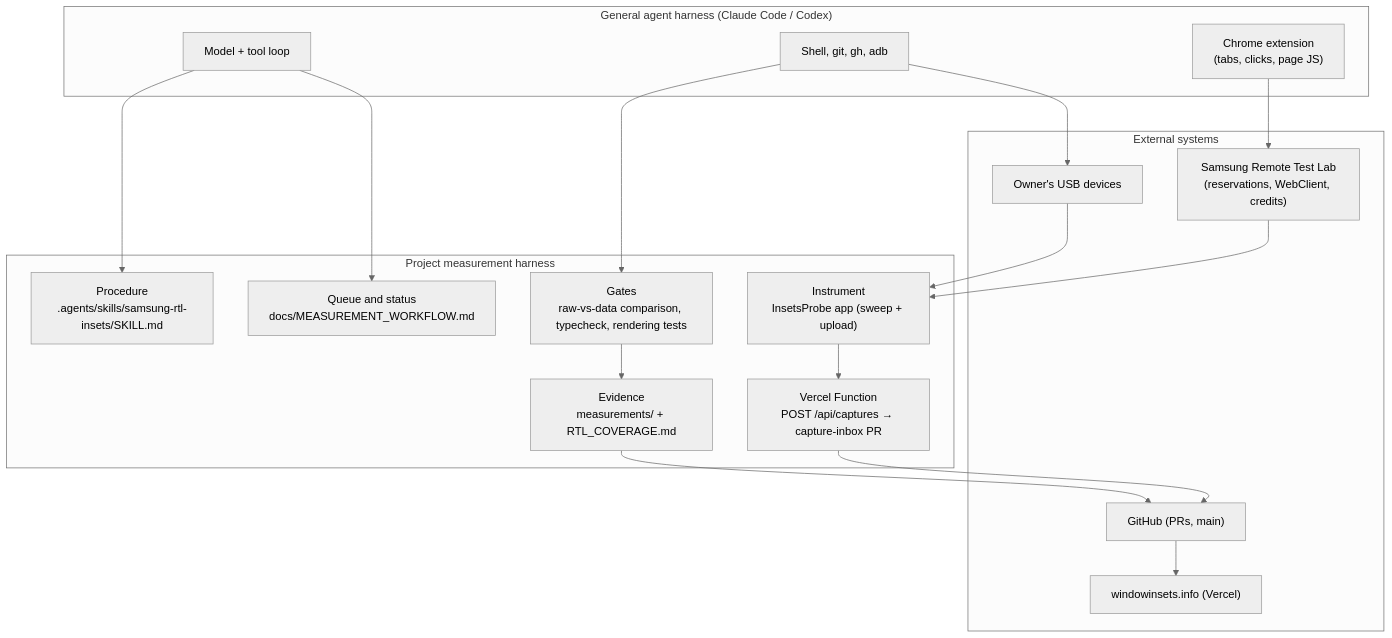
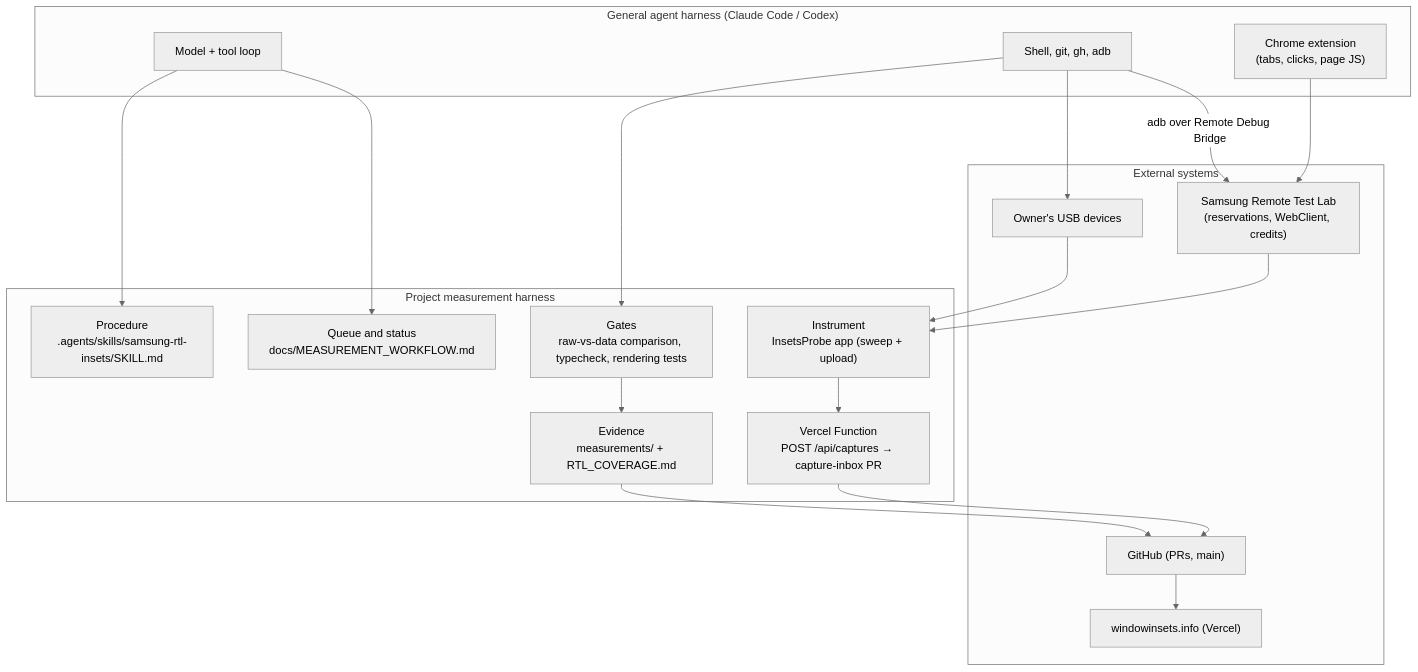
Before and after one commit to easyhooon/windowinsets.info: the first of 3 diagrams in docs/MEASUREMENT_HARNESS.md, drawn with Mermaid (neutral theme). The commit also changed other lines of this file and 1 other file, not shown here.

First line of the commit message:
docs(harness): make Remote Debug Bridge the RTL capture path

````diff
--- a/docs/MEASUREMENT_HARNESS.md
+++ b/docs/MEASUREMENT_HARNESS.md
@@ -15,34 +15,35 @@
 ```mermaid
 flowchart TB
   subgraph Agent["General agent harness (Claude Code / Codex)"]
     LLM["Model + tool loop"]
     Browser["Chrome extension<br/>(tabs, clicks, page JS)"]
     Shell["Shell, git, gh, adb"]
   end
 
   subgraph Harness["Project measurement harness"]
     Skill["Procedure<br/>.agents/skills/samsung-rtl-insets/SKILL.md"]
     Queue["Queue and status<br/>docs/MEASUREMENT_WORKFLOW.md"]
     Probe["Instrument<br/>InsetsProbe app (sweep + upload)"]
     Api["Vercel Function<br/>POST /api/captures → capture-inbox PR"]
     Checks["Gates<br/>raw-vs-data comparison, typecheck, rendering tests"]
     Record["Evidence<br/>measurements/ + RTL_COVERAGE.md"]
   end
 
   subgraph External["External systems"]
     RTL["Samsung Remote Test Lab<br/>(reservations, WebClient, credits)"]
     USB["Owner's USB devices"]
     GH["GitHub (PRs, main)"]
     Site["windowinsets.info (Vercel)"]
   end
 
   LLM --> Skill
   LLM --> Queue
   Browser --> RTL
+  Shell -->|adb over Remote Debug Bridge| RTL
   Shell --> USB
   RTL --> Probe
   USB --> Probe
   Probe --> Api --> GH
   Shell --> Checks
   Checks --> Record --> GH --> Site
 ```
````
